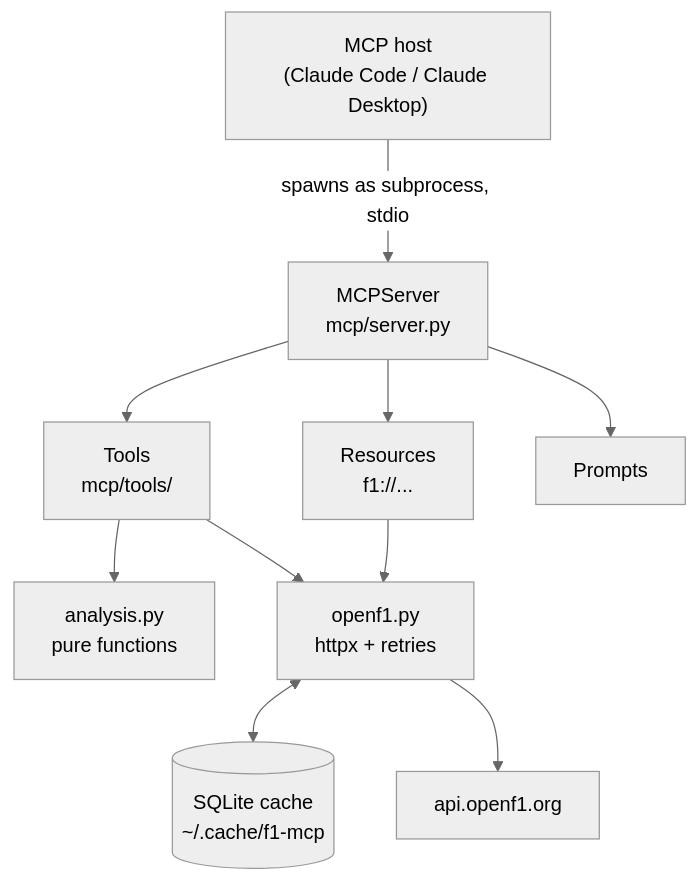
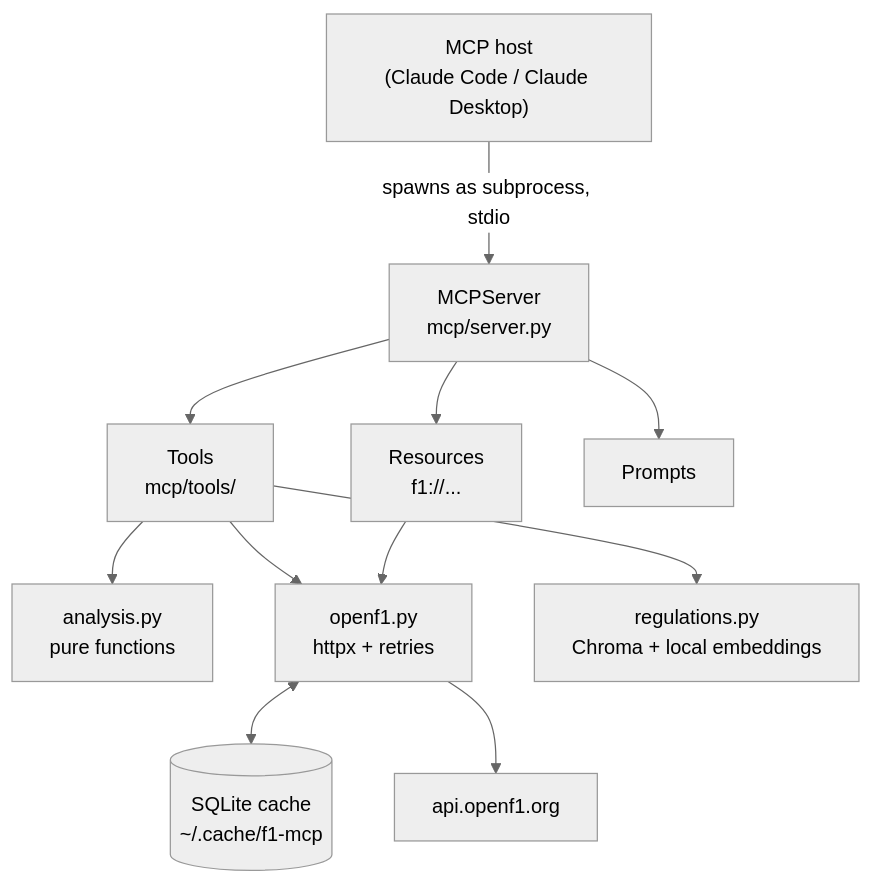
Before and after one commit to JuanEliasLaraSoto/f1-mcp: the diagram in README.md, drawn with Mermaid (neutral theme). The commit also changed other lines of this file and 3 other files, not shown here.

````diff
--- a/README.md
+++ b/README.md
@@ -124,22 +125,23 @@
 ```mermaid
 graph TD
     Host["MCP host<br/>(Claude Code / Claude Desktop)"]
     Server["MCPServer<br/>mcp/server.py"]
     Tools["Tools<br/>mcp/tools/"]
     Resources["Resources<br/>f1://..."]
     Prompts["Prompts"]
     Analysis["analysis.py<br/>pure functions"]
     Client["openf1.py<br/>httpx + retries"]
     Cache[("SQLite cache<br/>~/.cache/f1-mcp")]
     API["api.openf1.org"]
 
     Host -->|"spawns as subprocess, stdio"| Server
     Server --> Tools
     Server --> Resources
     Server --> Prompts
     Tools --> Analysis
     Tools --> Client
     Resources --> Client
     Client <--> Cache
     Client --> API
+    Tools --> Regs["regulations.py<br/>Chroma + local embeddings"]
 ```
````
